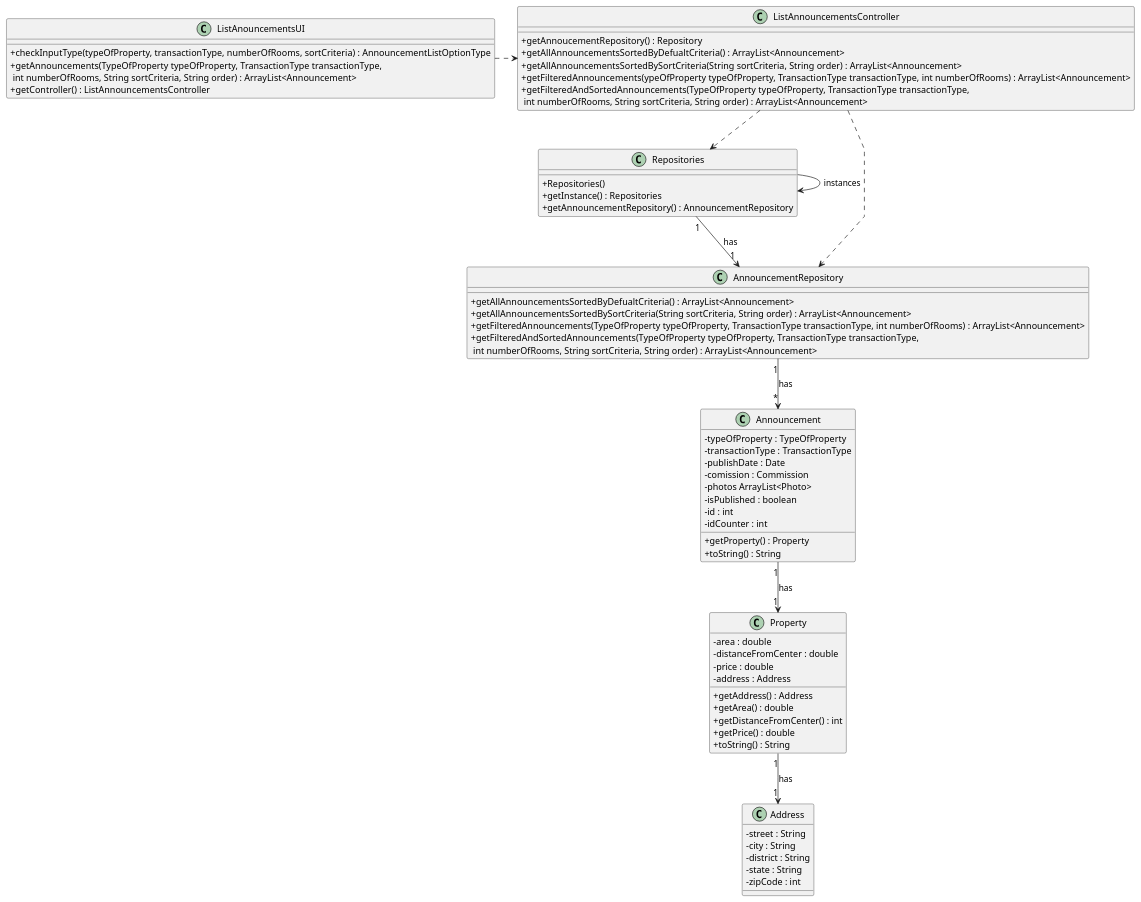
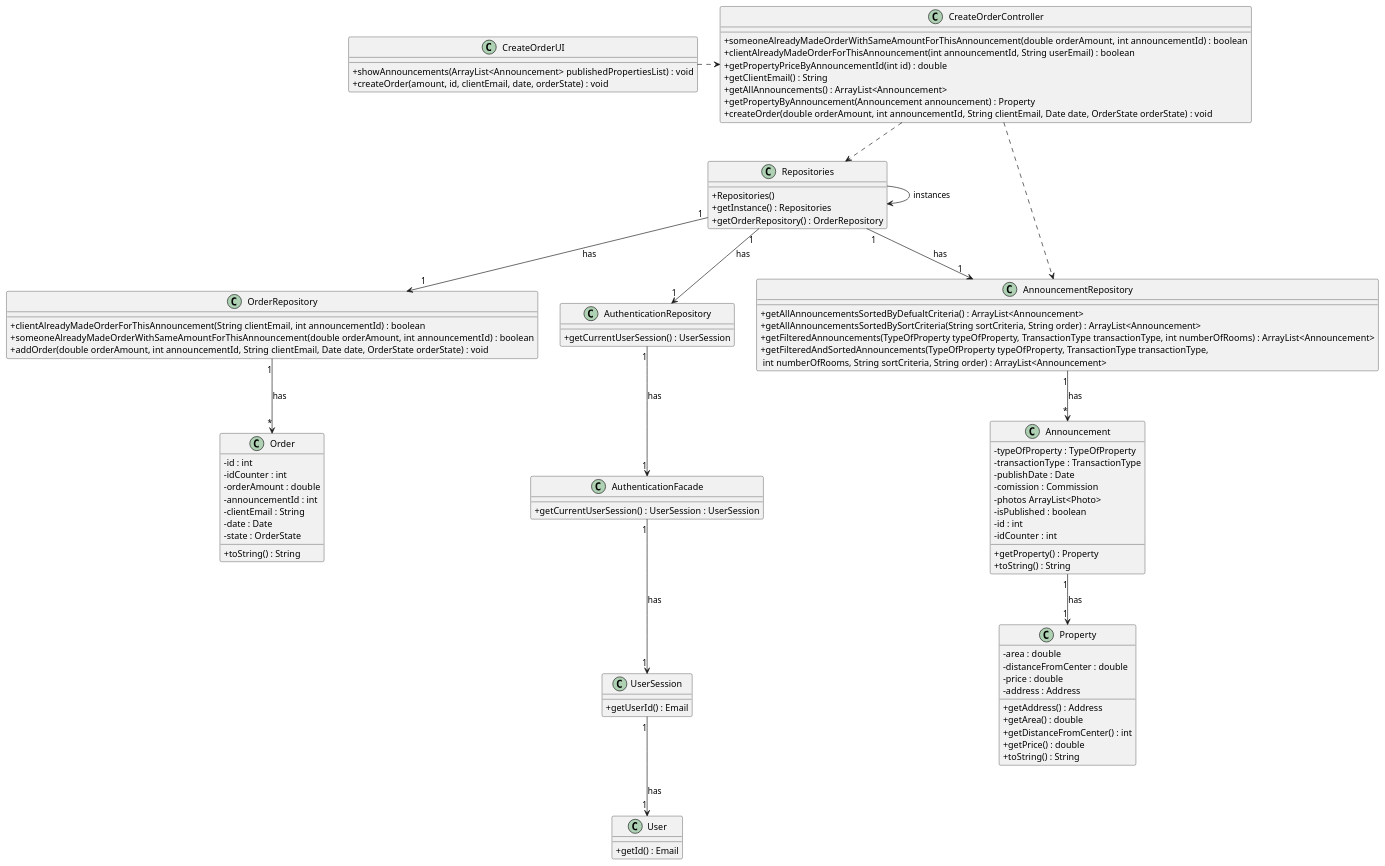
Before and after one commit to Goncalves2525/real-estate-management-system: the diagram in docs/sprintC/us010/03.design/puml/us010-class-diagram.puml, drawn with PlantUML. The commit also changed 9 other files, not shown here.

Commit message:
Added US10 classes to global class diagram [UC10][Design]

```diff
--- a/docs/sprintC/us010/03.design/puml/us010-class-diagram.puml
+++ b/docs/sprintC/us010/03.design/puml/us010-class-diagram.puml
@@ -1,88 +1,125 @@
 @startuml
 'skinparam monochrome true
 skinparam packageStyle rectangle
 skinparam shadowing false
 skinparam linetype polyline
 'skinparam linetype orto
 
 skinparam classAttributeIconSize 0
 
 'left to right directio
 class Property{
       - area : double
       - distanceFromCenter : double
       - price : double
       - address : Address
       + getAddress() : Address
       + getArea() : double
       + getDistanceFromCenter() : int
       + getPrice() : double
       + toString() : String
 }
 
 class Announcement {
    - typeOfProperty : TypeOfProperty
    - transactionType : TransactionType
    - publishDate : Date
    - comission : Commission
    - photos ArrayList<Photo>
    - isPublished : boolean
    - id : int
    - idCounter : int
    + getProperty() : Property
    + toString() : String
 }
 
 class AnnouncementRepository {
     +getAllAnnouncementsSortedByDefualtCriteria() : ArrayList<Announcement>
     +getAllAnnouncementsSortedBySortCriteria(String sortCriteria, String order) : ArrayList<Announcement>
     +getFilteredAnnouncements(TypeOfProperty typeOfProperty, TransactionType transactionType, int numberOfRooms) : ArrayList<Announcement>
     +getFilteredAndSortedAnnouncements(TypeOfProperty typeOfProperty, TransactionType transactionType,\n int numberOfRooms, String sortCriteria, String order) : ArrayList<Announcement>
 }
 
+class OrderRepository{
+    +clientAlreadyMadeOrderForThisAnnouncement(String clientEmail, int announcementId) : boolean
+    +someoneAlreadyMadeOrderWithSameAmountForThisAnnouncement(double orderAmount, int announcementId) : boolean
+    +addOrder(double orderAmount, int announcementId, String clientEmail, Date date, OrderState orderState) : void
+}
+
+class AuthenticationRepository{
+    +getCurrentUserSession() : UserSession
+}
+
+class AuthenticationFacade{
+    +getCurrentUserSession() : UserSession : UserSession
+}
+
+class UserSession{
+    +getUserId() : Email
+}
+
+class User{
+    +getId() : Email
+}
+
+class Order{
+    -id : int
+    -idCounter : int
+    -orderAmount : double
+    -announcementId : int
+    -clientEmail : String
+    -date : Date
+    -state : OrderState
+
+    +toString() : String
+}
+
 class Repositories {
     +Repositories()
     +getInstance() : Repositories
-    +getAnnouncementRepository() : AnnouncementRepository
+    +getOrderRepository() : OrderRepository
 }
 
-class ListAnnouncementsController {
-     +getAnnoucementRepository() : Repository
-     +getAllAnnouncementsSortedByDefualtCriteria() : ArrayList<Announcement>
-     +getAllAnnouncementsSortedBySortCriteria(String sortCriteria, String order) : ArrayList<Announcement>
-     +getFilteredAnnouncements(ypeOfProperty typeOfProperty, TransactionType transactionType, int numberOfRooms) : ArrayList<Announcement>
-     +getFilteredAndSortedAnnouncements(TypeOfProperty typeOfProperty, TransactionType transactionType,\n int numberOfRooms, String sortCriteria, String order) : ArrayList<Announcement>
+class CreateOrderController {
+    +someoneAlreadyMadeOrderWithSameAmountForThisAnnouncement(double orderAmount, int announcementId) : boolean
+    +clientAlreadyMadeOrderForThisAnnouncement(int announcementId, String userEmail) : boolean
+    +getPropertyPriceByAnnouncementId(int id) : double
+    +getClientEmail() : String
+    +getAllAnnouncements() : ArrayList<Announcement>
+    +getPropertyByAnnouncement(Announcement announcement) : Property
+    +createOrder(double orderAmount, int announcementId, String clientEmail, Date date, OrderState orderState) : void
 }
 
-class ListAnouncementsUI {
-    +checkInputType(typeOfProperty, transactionType, numberOfRooms, sortCriteria) : AnnouncementListOptionType
-    +getAnnouncements(TypeOfProperty typeOfProperty, TransactionType transactionType,\n int numberOfRooms, String sortCriteria, String order) : ArrayList<Announcement>
-    +getController() : ListAnnouncementsController
+class CreateOrderUI {
+    +showAnnouncements(ArrayList<Announcement> publishedPropertiesList) : void
+    +createOrder(amount, id, clientEmail, date, orderState) : void
 }
 
-class Address{
-    - street : String
-    - city : String
-    - district : String
-    - state : String
-    - zipCode : int
-}
 
 Repositories -> Repositories : instances
 
-ListAnouncementsUI .> ListAnnouncementsController
+CreateOrderUI .> CreateOrderController
 
-ListAnnouncementsController ..> Repositories
+CreateOrderController ..> Repositories
 
 Repositories "1" --> "1" AnnouncementRepository : has
 
-ListAnnouncementsController ..> AnnouncementRepository
+Repositories "1" --> "1" AuthenticationRepository : has
+
+Repositories "1" --> "1" OrderRepository : has
+
+CreateOrderController ..> AnnouncementRepository
 
 AnnouncementRepository "1" --> "*" Announcement : has
 
 Announcement "1" --> "1" Property : has
 
-Property "1" --> "1" Address : has
+AuthenticationRepository "1" --> "1" AuthenticationFacade : has
 
+AuthenticationFacade "1" --> "1" UserSession : has
+
+UserSession "1" --> "1" User : has
+
+OrderRepository "1" --> "*" Order : has
 
 @enduml
```
